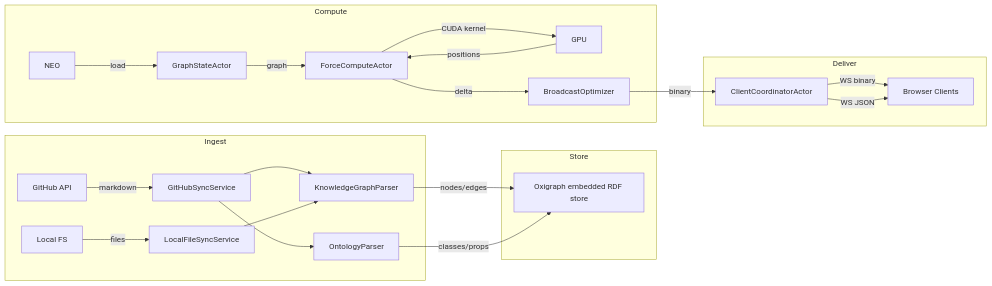
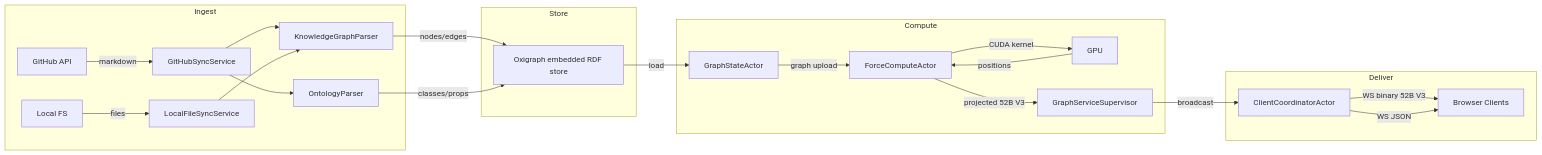
The fourth of 4 diagrams in docs/architecture/visionclaw-rust-backend.md (shaneholloman/logseq-spring-thing), drawn with Mermaid before and after one commit. The commit also changed other lines of this file and 24 other files, not shown here.

````diff
--- a/docs/architecture/visionclaw-rust-backend.md
+++ b/docs/architecture/visionclaw-rust-backend.md
@@ -180,29 +195,29 @@
 ```mermaid
 flowchart LR
     subgraph Ingest
         GH[GitHub API] -->|markdown| SYNC[GitHubSyncService]
         LOCAL[Local FS] -->|files| LSYNC[LocalFileSyncService]
         SYNC --> KGP[KnowledgeGraphParser]
         SYNC --> OP[OntologyParser]
         LSYNC --> KGP
     end
 
     subgraph Store
         KGP -->|nodes/edges| OXI[Oxigraph embedded RDF store]
         OP -->|classes/props| OXI
     end
 
     subgraph Compute
-        NEO -->|load| GSA[GraphStateActor]
-        GSA -->|graph| FCA[ForceComputeActor]
+        OXI -->|load| GSA[GraphStateActor]
+        GSA -->|graph upload| FCA[ForceComputeActor]
         FCA -->|CUDA kernel| GPU[GPU]
         GPU -->|positions| FCA
-        FCA -->|delta| BO[BroadcastOptimizer]
+        FCA -->|projected 52B V3| GSS[GraphServiceSupervisor]
     end
 
     subgraph Deliver
-        BO -->|binary| CC[ClientCoordinatorActor]
-        CC -->|WS binary| CLIENTS[Browser Clients]
+        GSS -->|broadcast| CC[ClientCoordinatorActor]
+        CC -->|WS binary 52B V3| CLIENTS[Browser Clients]
         CC -->|WS JSON| CLIENTS
     end
 ```
````
